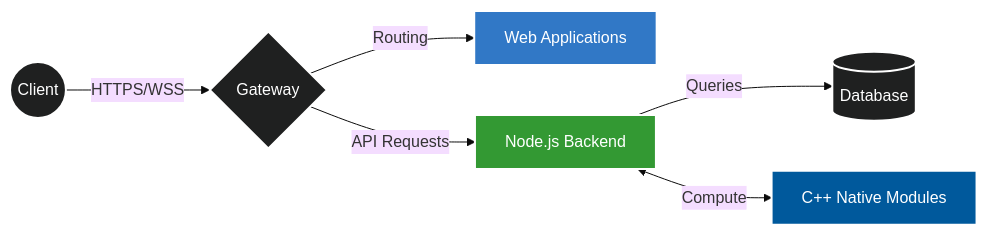
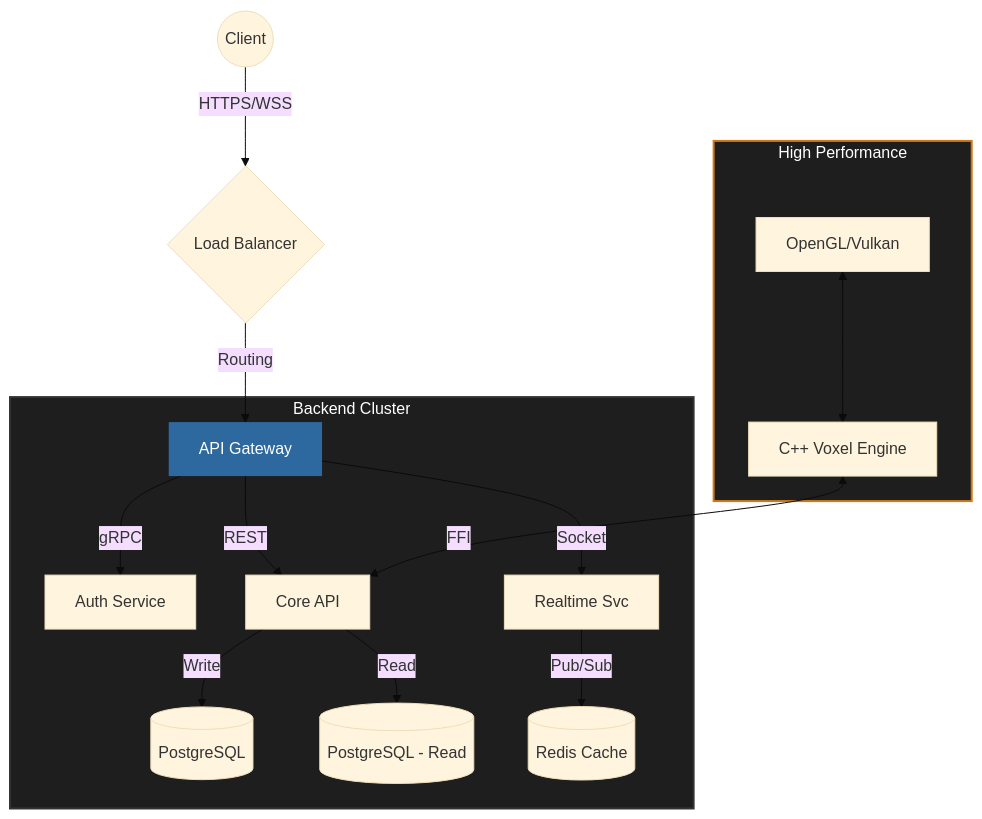
The diagram in README.md (Krupanjac/krupanjac), drawn with Mermaid (base theme) before and after one commit. The commit also changed other lines of this file, not shown here.

````diff
--- a/README.md
+++ b/README.md
@@ -14,15 +26,24 @@
 ```mermaid
-graph LR
-    User((Client)) -->|HTTPS/WSS| Gate{Gateway}
-    Gate -->|Routing| Web[Web Applications]
-    Gate -->|API Requests| Node[Node.js Backend]
-    Node -->|Queries| DB[(Database)]
-    Node <-->|Compute| CPP[C++ Native Modules]
+graph TD
+    User((Client)) -->|HTTPS/WSS| LB{Load Balancer}
+    LB -->|Routing| Gateway[API Gateway]
     
-    style Node fill:#339933,stroke:#fff,stroke-width:2px,color:#fff
-    style CPP fill:#00599C,stroke:#fff,stroke-width:2px,color:#fff
-    style Web fill:#3178C6,stroke:#fff,stroke-width:2px,color:#fff
-    style User fill:#1f2020,stroke:#fff,stroke-width:2px,color:#fff
-    style Gate fill:#1f2020,stroke:#fff,stroke-width:2px,color:#fff
-    style DB fill:#1f2020,stroke:#fff,stroke-width:2px,color:#fff
+    subgraph Services [Backend Cluster]
+        Gateway -->|gRPC| Auth[Auth Service]
+        Gateway -->|REST| Core[Core API]
+        Gateway -->|Socket| Realtime[Realtime Svc]
+        
+        Core -->|Write| PrimaryDB[(PostgreSQL)]
+        Core -->|Read| ReadReplica[(PostgreSQL - Read)]
+        Realtime -->|Pub/Sub| Redis[(Redis Cache)]
+    end
+    
+    subgraph Native [High Performance]
+        Engine[C++ Voxel Engine] <-->|FFI| Core
+        GPU[OpenGL/Vulkan] <--> Engine
+    end
+
+    style Services fill:#1e1e1e,stroke:#333,stroke-width:2px,color:#fff
+    style Native fill:#1e1e1e,stroke:#d07a16,stroke-width:2px,color:#fff
+    style Gateway fill:#2d699e,stroke:#fff,stroke-width:0px,color:#fff
 ```
````
